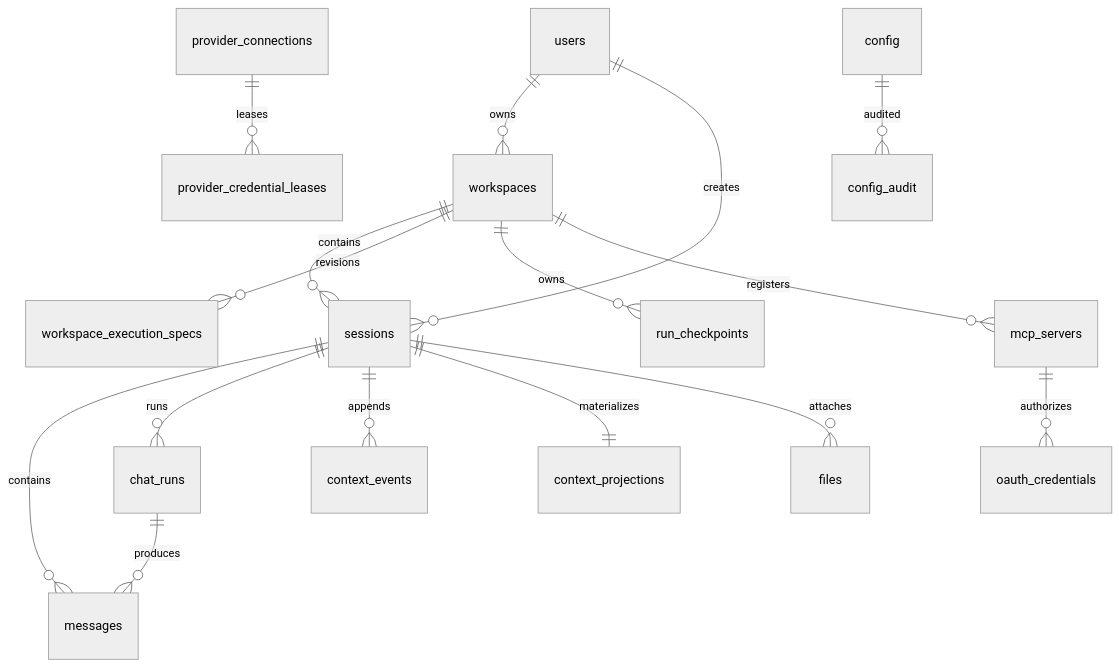
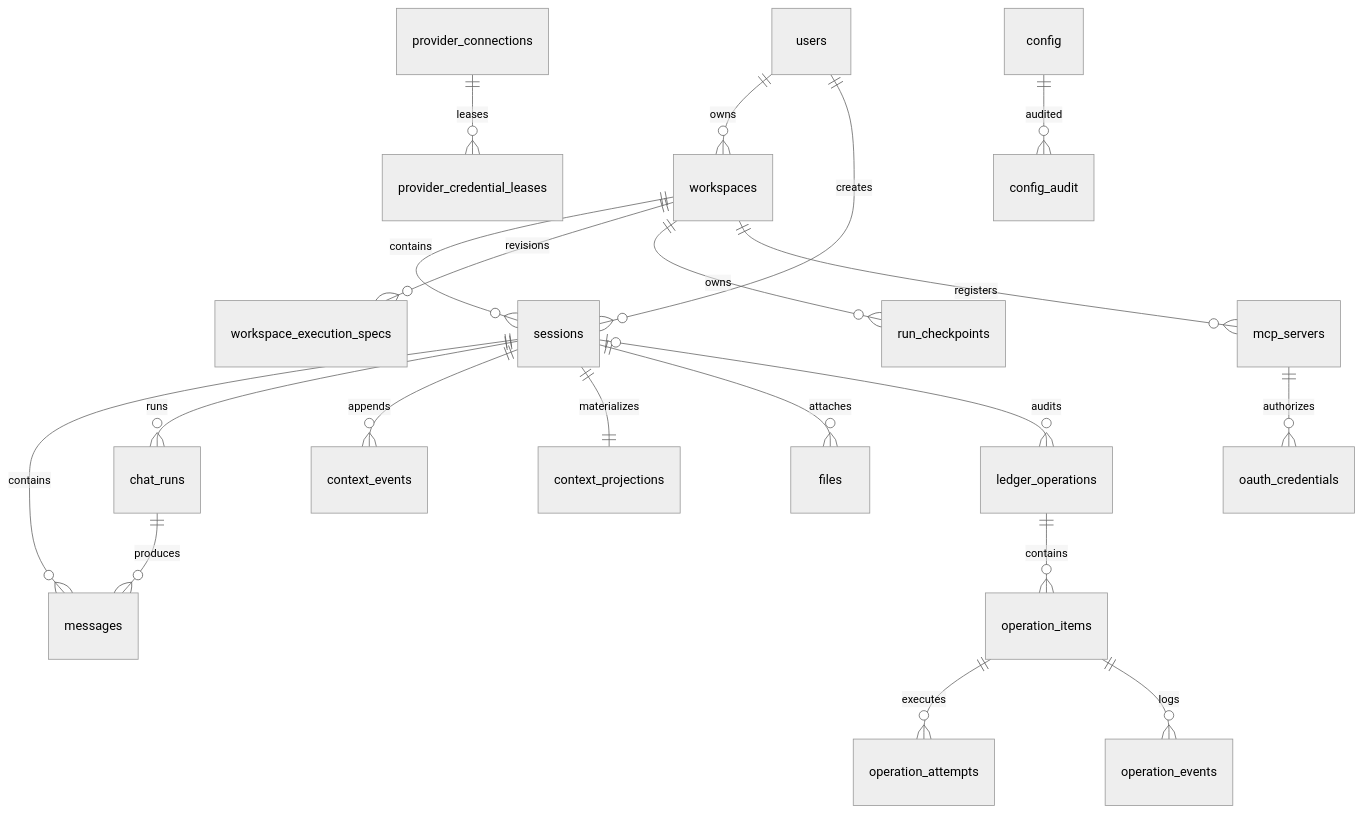
Before and after one commit to cc01cc/xihe-project: the sixth of 7 diagrams in docs/i18n/zh-Hans/DEV-019-database-schema.md, drawn with Mermaid. The commit also changed other lines of this file and 2 other files, not shown here.

````diff
--- a/docs/i18n/zh-Hans/DEV-019-database-schema.md
+++ b/docs/i18n/zh-Hans/DEV-019-database-schema.md
@@ -133,19 +133,23 @@
 ```mermaid
 %%{init: {'theme': 'neutral'}}%%
 erDiagram
     users ||--o{ workspaces : owns
     users ||--o{ sessions : creates
     workspaces ||--o{ sessions : contains
     sessions ||--o{ messages : contains
     sessions ||--o{ chat_runs : runs
     chat_runs ||--o{ messages : produces
     workspaces ||--o{ workspace_execution_specs : revisions
     workspaces ||--o{ run_checkpoints : owns
     workspaces ||--o{ mcp_servers : registers
     mcp_servers ||--o{ oauth_credentials : authorizes
     provider_connections ||--o{ provider_credential_leases : leases
     config ||--o{ config_audit : audited
     sessions ||--o{ context_events : appends
     sessions ||--|| context_projections : materializes
     sessions ||--o{ files : attaches
+    sessions |o--o{ ledger_operations : audits
+    ledger_operations ||--o{ operation_items : contains
+    operation_items ||--o{ operation_attempts : executes
+    operation_items ||--o{ operation_events : logs
 ```
````
